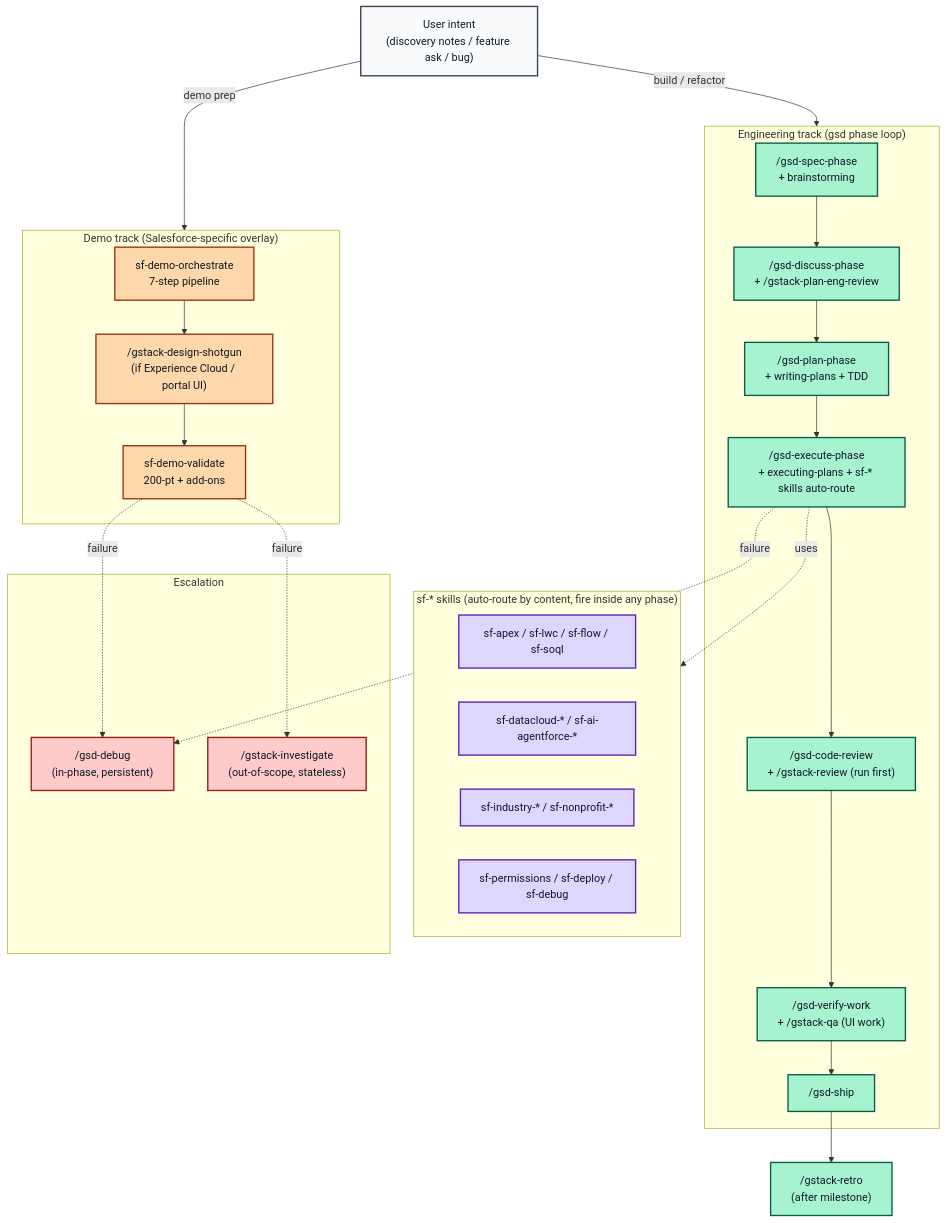
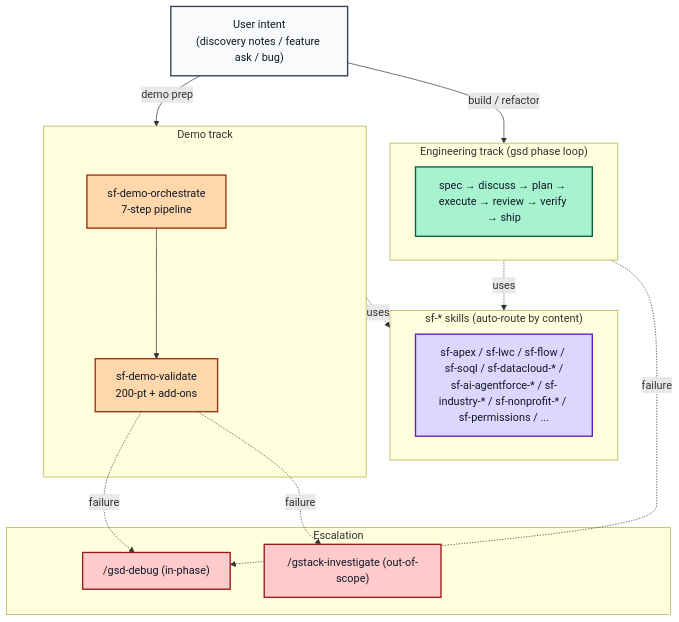
The diagram in README.md (bmillersf/NGOSkills), drawn with Mermaid before and after one commit. The commit also changed other lines of this file and 120 other files, not shown here.

````diff
--- a/README.md
+++ b/README.md
@@ -43,54 +235,38 @@
 ```mermaid
 flowchart TB
     USER["User intent<br/>(discovery notes / feature ask / bug)"]
-
-    subgraph DEMO["Demo track (Salesforce-specific overlay)"]
+    subgraph DEMO["Demo track"]
         DO["sf-demo-orchestrate<br/>7-step pipeline"]
-        DS["/gstack-design-shotgun<br/>(if Experience Cloud / portal UI)"]
         DV["sf-demo-validate<br/>200-pt + add-ons"]
-        DO --> DS --> DV
+        DO --> DV
     end
-
     subgraph GSD["Engineering track (gsd phase loop)"]
-        SPEC["/gsd-spec-phase<br/>+ brainstorming"]
-        DISC["/gsd-discuss-phase<br/>+ /gstack-plan-eng-review"]
-        PLAN["/gsd-plan-phase<br/>+ writing-plans + TDD"]
-        EXEC["/gsd-execute-phase<br/>+ executing-plans + sf-* skills auto-route"]
-        REV["/gsd-code-review<br/>+ /gstack-review (run first)"]
-        VER["/gsd-verify-work<br/>+ /gstack-qa (UI work)"]
-        SHIP["/gsd-ship"]
-        SPEC --> DISC --> PLAN --> EXEC --> REV --> VER --> SHIP
+        SPEC["spec → discuss → plan → execute → review → verify → ship"]
     end
-
-    subgraph SF["sf-* skills (auto-route by content, fire inside any phase)"]
-        SFAPEX["sf-apex / sf-lwc / sf-flow / sf-soql"]
-        SFDATA["sf-datacloud-* / sf-ai-agentforce-*"]
-        SFIND["sf-industry-* / sf-nonprofit-*"]
-        SFOPS["sf-permissions / sf-deploy / sf-debug"]
+    subgraph SF["sf-* skills (auto-route by content)"]
+        SFANY["sf-apex / sf-lwc / sf-flow / sf-soql / sf-datacloud-* /<br/>sf-ai-agentforce-* / sf-industry-* / sf-nonprofit-* / sf-permissions / ..."]
     end
-
     subgraph ESC["Escalation"]
-        DBG["/gsd-debug<br/>(in-phase, persistent)"]
-        INV["/gstack-investigate<br/>(out-of-scope, stateless)"]
+        DBG["/gsd-debug (in-phase)"]
+        INV["/gstack-investigate (out-of-scope)"]
     end
-
-    USER -->|"demo prep"| DEMO
-    USER -->|"build / refactor"| GSD
-    EXEC -.uses.-> SF
+    USER -->|demo prep| DEMO
+    USER -->|build / refactor| GSD
+    GSD -.uses.-> SF
+    DEMO -.uses.-> SF
     DV -.failure.-> DBG
     DV -.failure.-> INV
-    EXEC -.failure.-> DBG
-    SHIP --> RETRO["/gstack-retro<br/>(after milestone)"]
+    GSD -.failure.-> DBG
 
     classDef demo fill:#FED7AA,stroke:#9A3412,stroke-width:2px,color:#111827
     classDef gsd fill:#A7F3D0,stroke:#065F46,stroke-width:2px,color:#111827
     classDef sf fill:#DDD6FE,stroke:#5B21B6,stroke-width:2px,color:#111827
     classDef esc fill:#FECACA,stroke:#991B1B,stroke-width:2px,color:#111827
     classDef user fill:#F9FAFB,stroke:#374151,stroke-width:2px,color:#111827
 
     class USER user
-    class DO,DS,DV demo
-    class SPEC,DISC,PLAN,EXEC,REV,VER,SHIP,RETRO gsd
-    class SFAPEX,SFDATA,SFIND,SFOPS sf
+    class DO,DV demo
+    class SPEC gsd
+    class SFANY sf
     class DBG,INV esc
 ```
````
